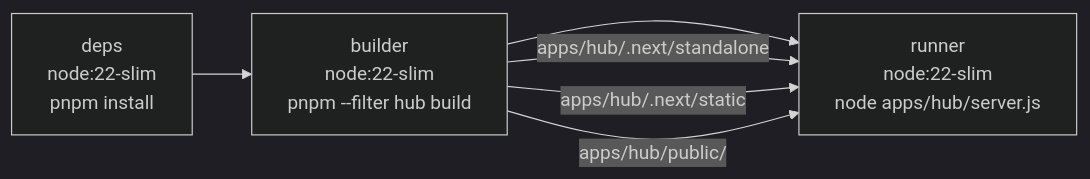
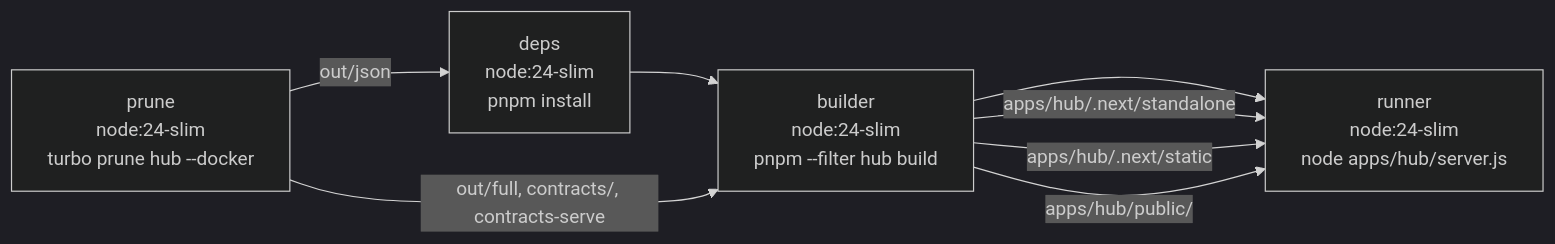
Before and after one commit to LuigiEspinosa/cuatro-portfolio: the first of 3 diagrams in README.md, drawn with Mermaid (dark theme). The commit also changed other lines of this file and 11 other files, not shown here.

Commit message:
feat(3-3): build the Hub image from the pruned repository root in CI on every push, push it to GHCR by commit sha, and hold the compose service to docker-rollout's requirements

````diff
--- a/README.md
+++ b/README.md
@@ -55,8 +57,10 @@
 ```mermaid
 flowchart LR
-    A[deps<br/>node:22-slim<br/>pnpm install] --> B[builder<br/>node:22-slim<br/>pnpm --filter hub build]
-    B --> C[runner<br/>node:22-slim<br/>node apps/hub/server.js]
+    P[prune<br/>node:24-slim<br/>turbo prune hub --docker] -- out/json --> A[deps<br/>node:24-slim<br/>pnpm install]
+    A --> B[builder<br/>node:24-slim<br/>pnpm --filter hub build]
+    P -- out/full, contracts/, contracts-serve --> B
+    B --> C[runner<br/>node:24-slim<br/>node apps/hub/server.js]
     B -- apps/hub/.next/standalone --> C
     B -- apps/hub/.next/static --> C
     B -- apps/hub/public/ --> C
 ```
````
